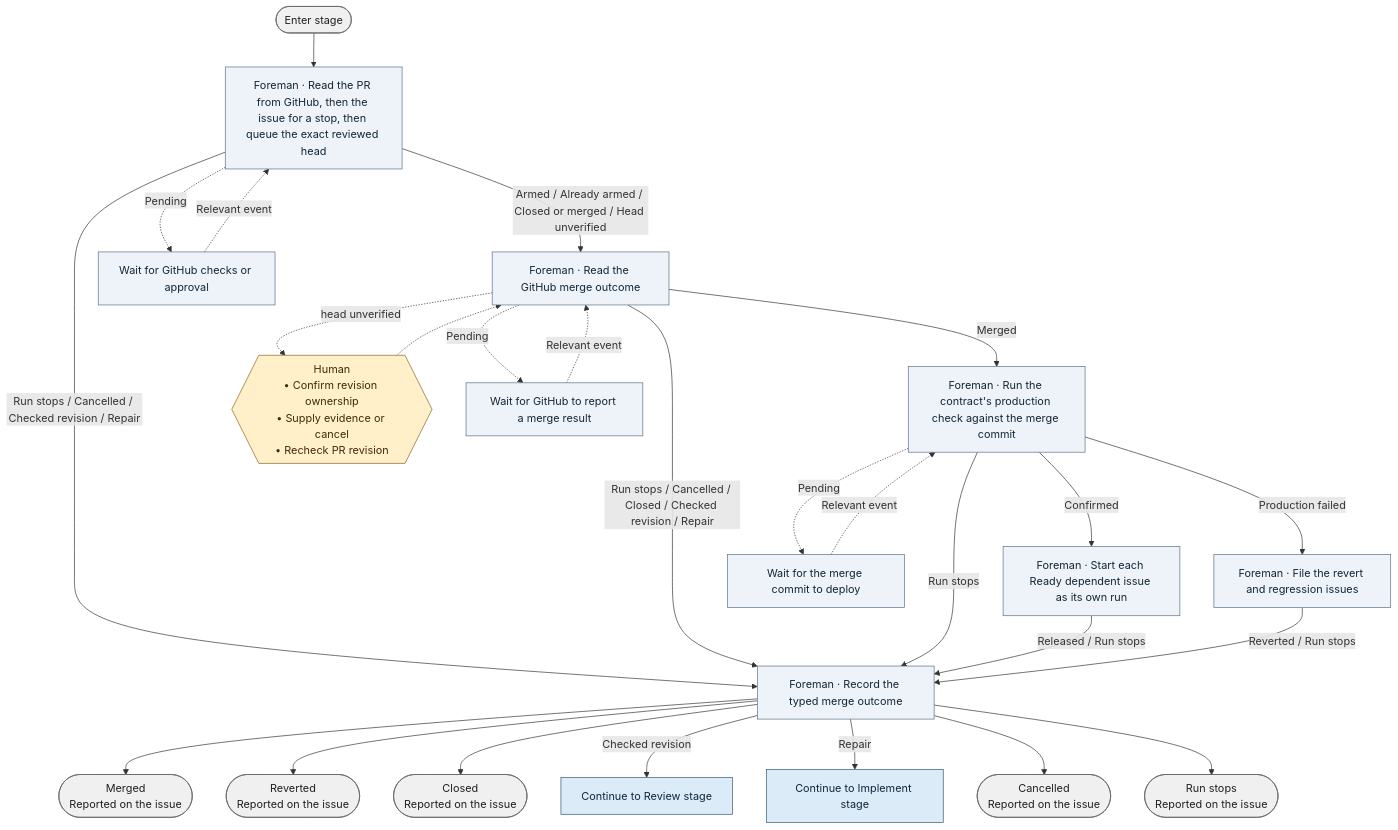
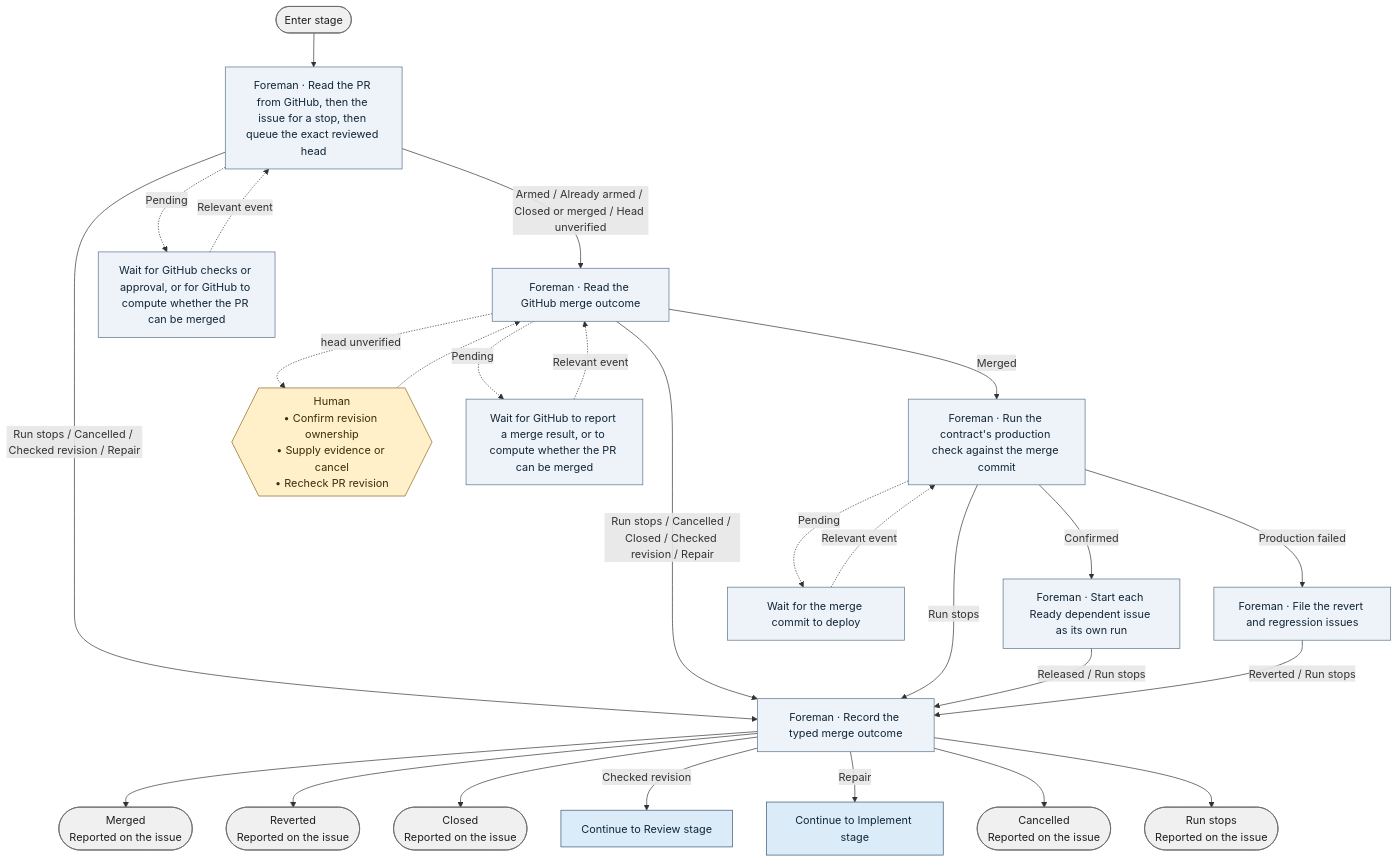
One commit to bookout-labs/tools changed the diagram in docs/graph/blueprint/views/stages/merge.mmd. Above: the diagram before and after it, drawn with Mermaid. The commit also changed 4 other files, not shown here.

Commit message:
C: start over with stop, the Done label, then Ready, and name the merge step that waits on mergeability

```diff
--- a/docs/graph/blueprint/views/stages/merge.mmd
+++ b/docs/graph/blueprint/views/stages/merge.mmd
@@ -1,49 +1,49 @@
 flowchart TD
     n0(["Enter stage"]):::terminal
     n1["Foreman · Read the PR from GitHub, then the issue for a stop, then queue the exact reviewed head"]:::step
     n2["Foreman · Read the GitHub merge outcome"]:::step
     n3["Foreman · Run the contract's production check against the merge commit"]:::step
     n4["Foreman · Start each Ready dependent issue as its own run"]:::step
     n5["Foreman · File the revert and regression issues"]:::step
     n6["Foreman · Record the typed merge outcome"]:::step
     n7(["Merged<br/>Reported on the issue"]):::terminal
     n8(["Reverted<br/>Reported on the issue"]):::terminal
     n9(["Closed<br/>Reported on the issue"]):::terminal
     n10["Continue to Review stage"]:::stage
     n11["Continue to Implement stage"]:::stage
     n12(["Cancelled<br/>Reported on the issue"]):::terminal
     n13(["Run stops<br/>Reported on the issue"]):::terminal
     n14{{"Human<br/>• Confirm revision ownership<br/>• Supply evidence or cancel<br/>• Recheck PR revision"}}:::gate
-    n15["Wait for GitHub checks or approval"]:::step
-    n16["Wait for GitHub to report a merge result"]:::step
+    n15["Wait for GitHub checks or approval, or for GitHub to compute whether the PR can be merged"]:::step
+    n16["Wait for GitHub to report a merge result, or to compute whether the PR can be merged"]:::step
     n17["Wait for the merge commit to deploy"]:::step
     n0 --> n1
     n1 -->|"Run stops / Cancelled / Checked revision / Repair"| n6
     n1 -->|"Armed / Already armed / Closed or merged / Head unverified"| n2
     n2 -->|"Run stops / Cancelled / Closed / Checked revision / Repair"| n6
     n2 -->|"Merged"| n3
     n3 -->|"Confirmed"| n4
     n3 -->|"Production failed"| n5
     n3 -->|"Run stops"| n6
     n4 -->|"Released / Run stops"| n6
     n5 -->|"Reverted / Run stops"| n6
     n6 --> n7
     n6 --> n8
     n6 --> n9
     n6 -->|"Checked revision"| n10
     n6 -->|"Repair"| n11
     n6 --> n12
     n6 --> n13
     n2 -.->|"head unverified"| n14
     n14 -.-> n2
     n1 -.->|"Pending"| n15
     n15 -.->|"Relevant event"| n1
     n2 -.->|"Pending"| n16
     n16 -.->|"Relevant event"| n2
     n3 -.->|"Pending"| n17
     n17 -.->|"Relevant event"| n3
     classDef stage fill:#dcebf8,stroke:#315675,color:#10283b
     classDef step fill:#edf3f8,stroke:#597187,color:#132638
     classDef worker fill:#d7f0e8,stroke:#357369,color:#133c36
     classDef gate fill:#fff0c9,stroke:#89641f,color:#3f2b0b
     classDef terminal fill:#f0f0f0,stroke:#666666,color:#202020
```
